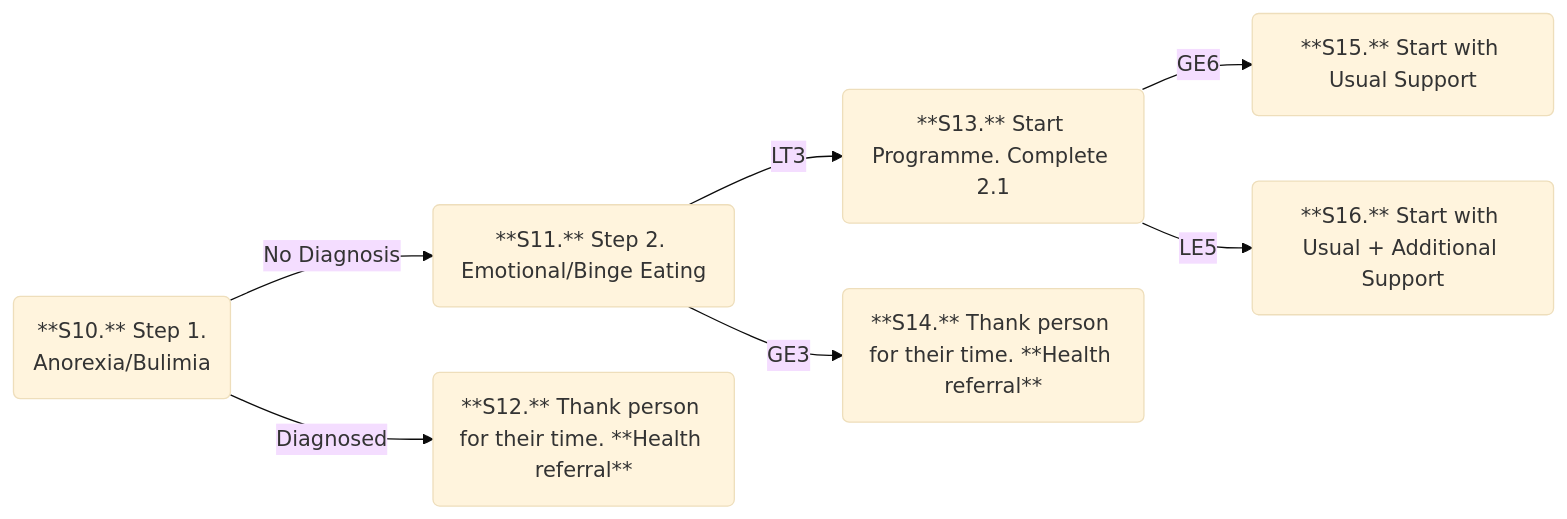
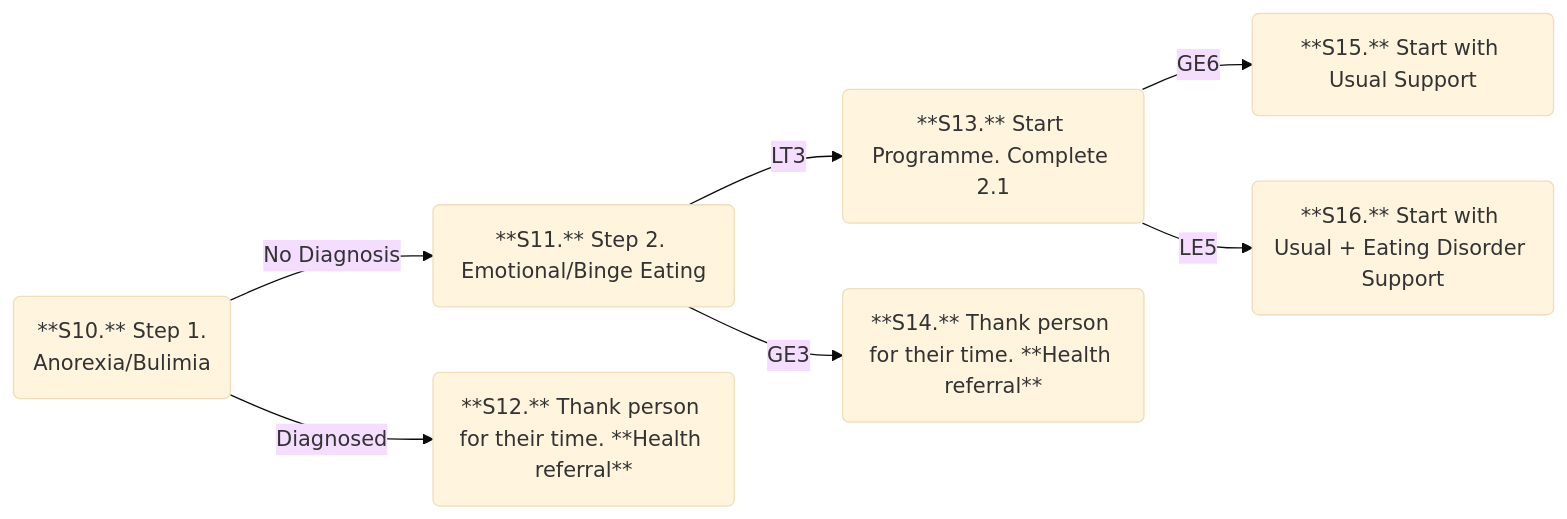
The fifth of 10 diagrams in site/our-work/tmr/participant-flow.qmd (sh-publichealth/info-hub), drawn with Mermaid (base theme) before and after one commit. The commit also changed other lines of this file and 41 other files, not shown here.

````diff
--- a/site/our-work/tmr/participant-flow.qmd
+++ b/site/our-work/tmr/participant-flow.qmd
@@ -137,24 +142,24 @@
 ```{mermaid}
 %%| label: fig-mermaid-flowchart5
 %%| fig-cap: TMR Screening Visit. Part 3 - Eating Disorder Check
 %%| fig-alt: screening visit, drawn using Mermaid.
 flowchart LR
 
 S10(**S10.** Step 1.<br/>Anorexia/Bulimia)
 S11(**S11.** Step 2. Emotional/Binge Eating)
 S12(**S12.** Thank person for their time. **Health referral**)
 S13(**S13.** Start Programme. Complete 2.1)
 S14(**S14.** Thank person for their time. **Health referral**)
 S15(**S15.** Start with Usual Support)
-S16(**S16.** Start with Usual + Additional Support)
+S16(**S16.** Start with Usual + Eating Disorder Support)
 
 S10 -- No Diagnosis --> S11
 S10 -- Diagnosed --> S12
 
 S11 -- LT3 --> S13
 S11 -- GE3 --> S14
 
 S13 --GE6 --> S15
 S13 --LE5 --> S16
 
 ```
````
